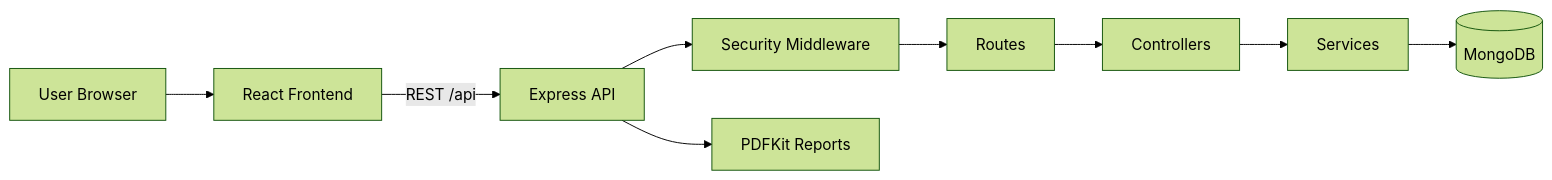
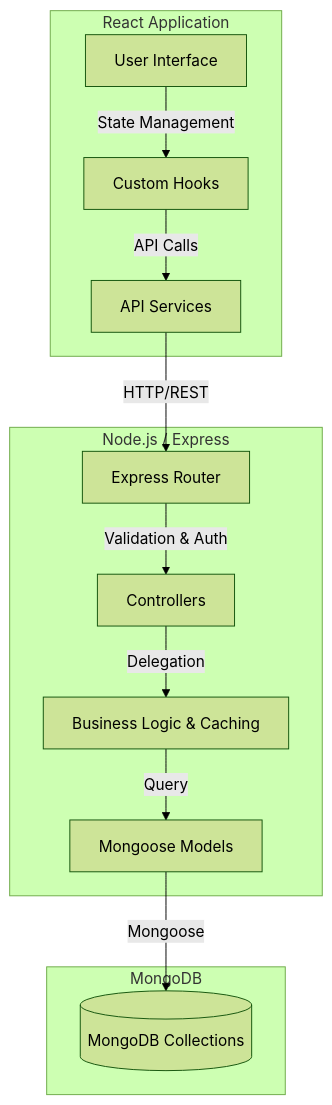
One commit to Rutuja-131005/EcoBuddy-AI---Carbon-Footprint-Awareness-Platform changed the diagram in README.md. Above: the diagram before and after it, drawn with Mermaid (forest theme). The commit also changed other lines of this file and 23 other files, not shown here.

````diff
--- a/README.md
+++ b/README.md
@@ -25,11 +7,27 @@
 ```mermaid
-flowchart LR
-  User[User Browser] --> FE[React Frontend]
-  FE -->|REST /api| BE[Express API]
-  BE --> MW[Security Middleware]
-  MW --> RT[Routes]
-  RT --> CT[Controllers]
-  CT --> SV[Services]
-  SV --> DB[(MongoDB)]
-  BE --> PDF[PDFKit Reports]
+graph TD
+  subgraph Frontend [React Application]
+    UI[User Interface]
+    Hooks[Custom Hooks]
+    API_Client[API Services]
+  end
+
+  subgraph Backend [Node.js / Express]
+    Router[Express Router]
+    Controllers[Controllers]
+    Services[Business Logic & Caching]
+    Models[Mongoose Models]
+  end
+
+  subgraph Database [MongoDB]
+    DB[(MongoDB Collections)]
+  end
+
+  UI -->|State Management| Hooks
+  Hooks -->|API Calls| API_Client
+  API_Client -->|HTTP/REST| Router
+  Router -->|Validation & Auth| Controllers
+  Controllers -->|Delegation| Services
+  Services -->|Query| Models
+  Models -->|Mongoose| DB
 ```
````
